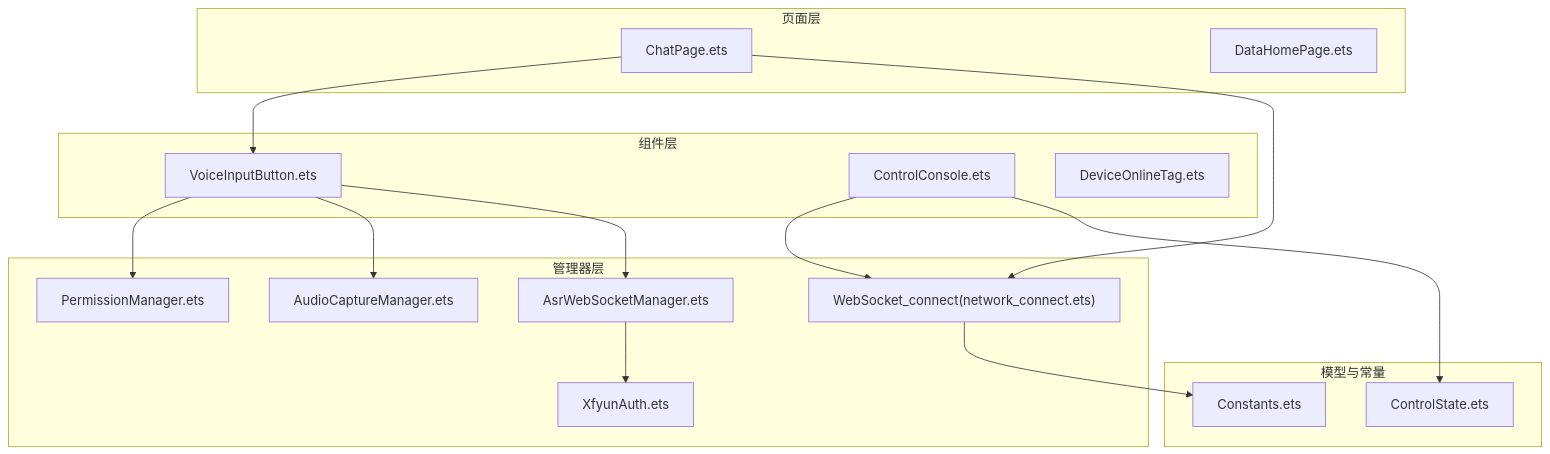
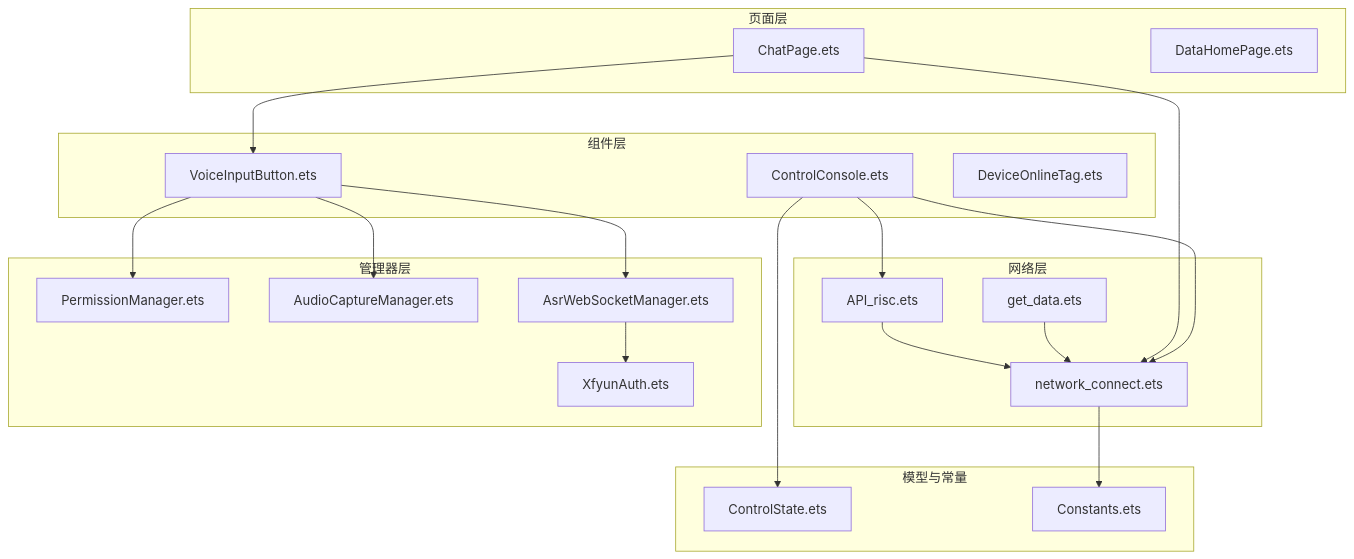
Before and after one commit to Neonrey-hub/SmartController: the first of 8 diagrams in .qoder/repowiki/zh/content/设备通信系统/设备通信系统.md, drawn with Mermaid. The commit also changed other lines of this file and 16 other files, not shown here.

````diff
--- a/.qoder/repowiki/zh/content/设备通信系统/设备通信系统.md
+++ b/.qoder/repowiki/zh/content/设备通信系统/设备通信系统.md
@@ -52,32 +61,39 @@
 ```mermaid
 graph TB
+subgraph "网络层"
+APIRISC["API_risc.ets"]
+GetData["get_data.ets"]
+NetConnect["network_connect.ets"]
+end
 subgraph "页面层"
 ChatPage["ChatPage.ets"]
 DataHome["DataHomePage.ets"]
 end
 subgraph "组件层"
 VoiceBtn["VoiceInputButton.ets"]
 ControlConsole["ControlConsole.ets"]
 DevOnlineTag["DeviceOnlineTag.ets"]
 end
 subgraph "管理器层"
-NetMgr["WebSocket_connect(network_connect.ets)"]
 PermMgr["PermissionManager.ets"]
 AudioMgr["AudioCaptureManager.ets"]
 AsrWsMgr["AsrWebSocketManager.ets"]
 XfyunAuth["XfyunAuth.ets"]
 end
 subgraph "模型与常量"
 CtrlState["ControlState.ets"]
 Const["Constants.ets"]
 end
+APIRISC --> NetConnect
+GetData --> NetConnect
 ChatPage --> VoiceBtn
-ChatPage --> NetMgr
-ControlConsole --> NetMgr
+ChatPage --> NetConnect
+ControlConsole --> NetConnect
+ControlConsole --> APIRISC
 ControlConsole --> CtrlState
 VoiceBtn --> PermMgr
 VoiceBtn --> AudioMgr
 VoiceBtn --> AsrWsMgr
 AsrWsMgr --> XfyunAuth
-NetMgr --> Const
+NetConnect --> Const
 ```
````
